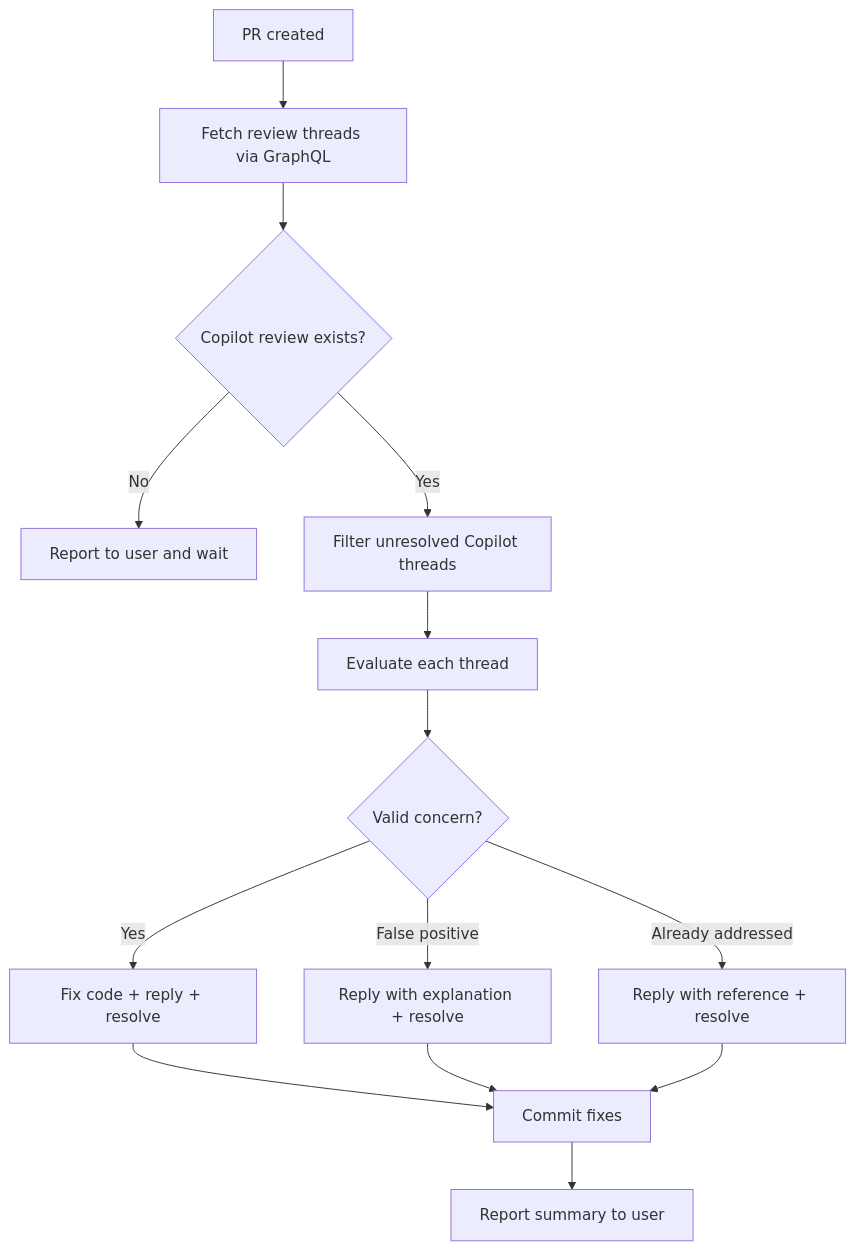
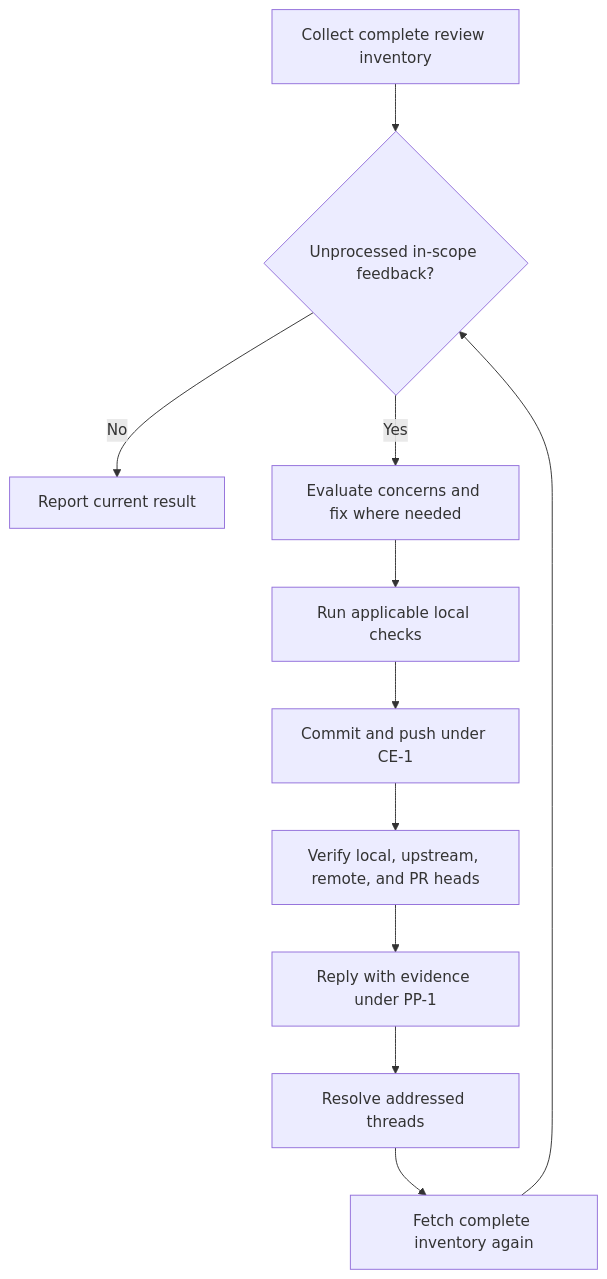
The second of 2 diagrams in instructions/GITHUB_INTERACTION.md (kent8192/reinhardt-web), drawn with Mermaid before and after one commit. The commit also changed other lines of this file and 12 other files, not shown here.

````diff
--- a/instructions/GITHUB_INTERACTION.md
+++ b/instructions/GITHUB_INTERACTION.md
@@ -229,16 +231,13 @@
 ```mermaid
 flowchart TD
-    A[PR created] --> B[Fetch review threads via GraphQL]
-    B --> C{Copilot review exists?}
-    C -->|No| D[Report to user and wait]
-    C -->|Yes| E[Filter unresolved Copilot threads]
-    E --> F[Evaluate each thread]
-    F --> G{Valid concern?}
-    G -->|Yes| H[Fix code + reply + resolve]
-    G -->|False positive| I[Reply with explanation + resolve]
-    G -->|Already addressed| J[Reply with reference + resolve]
-    H --> K[Commit fixes]
-    I --> K
-    J --> K
-    K --> L[Report summary to user]
+    A[Collect complete review inventory] --> B{Unprocessed in-scope feedback?}
+    B -->|No| C[Report current result]
+    B -->|Yes| D[Evaluate concerns and fix where needed]
+    D --> E[Run applicable local checks]
+    E --> F[Commit and push under CE-1]
+    F --> G[Verify local, upstream, remote, and PR heads]
+    G --> H[Reply with evidence under PP-1]
+    H --> I[Resolve addressed threads]
+    I --> J[Fetch complete inventory again]
+    J --> B
 ```
````
